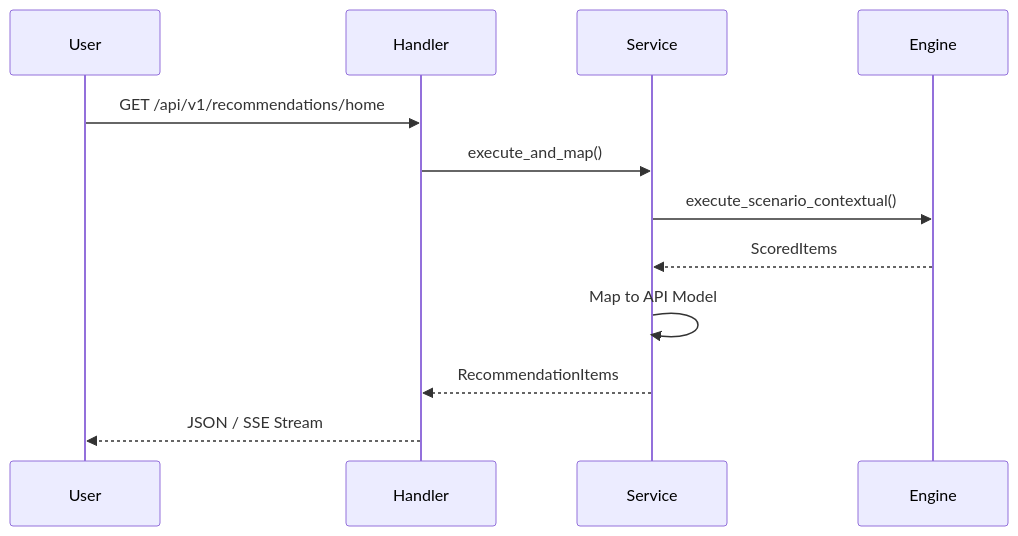
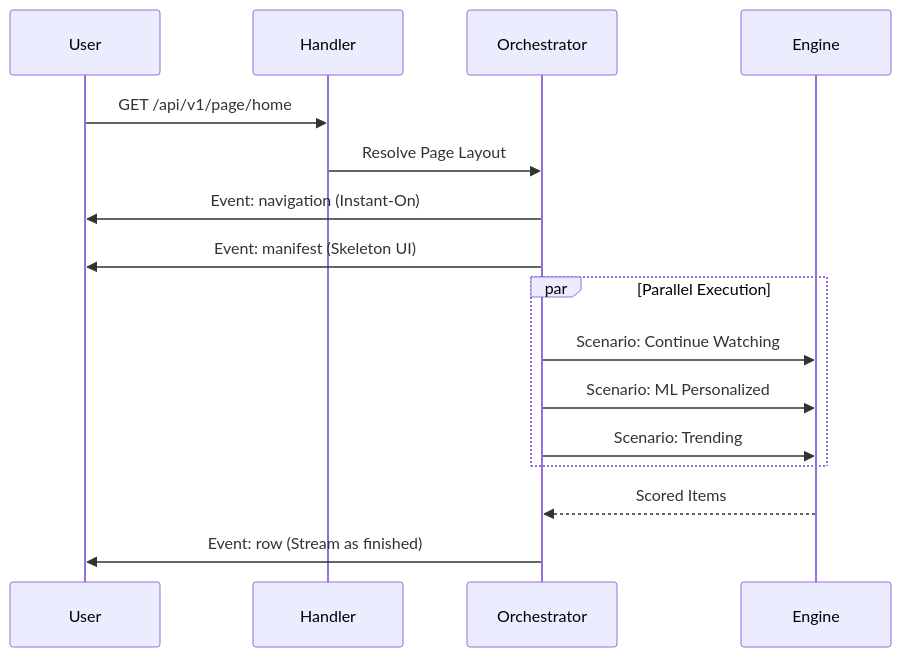
One commit to adiozdaniel/bongas-ai changed the diagram in src/api/v1/recommendations/README.md. Above: the diagram before and after it, drawn with Mermaid. The commit also changed other lines of this file and 11 other files, not shown here.

First line of the commit message:
feat(api): implement Symphony SDUI orchestrator with Zero-Touch identity

````diff
--- a/src/api/v1/recommendations/README.md
+++ b/src/api/v1/recommendations/README.md
@@ -9,15 +13,21 @@
 ```mermaid
 sequenceDiagram
     participant User
     participant Handler
-    participant Service
+    participant Orchestrator
     participant Engine
     
-    User->>Handler: GET /api/v1/recommendations/home
-    Handler->>Service: execute_and_map()
-    Service->>Engine: execute_scenario_contextual()
-    Engine-->>Service: ScoredItems
-    Service->>Service: Map to API Model
-    Service-->>Handler: RecommendationItems
-    Handler-->>User: JSON / SSE Stream
+    User->>Handler: GET /api/v1/page/home
+    Handler->>Orchestrator: Resolve Page Layout
+    Orchestrator->>User: Event: navigation (Instant-On)
+    Orchestrator->>User: Event: manifest (Skeleton UI)
+    
+    par Parallel Execution
+        Orchestrator->>Engine: Scenario: Continue Watching
+        Orchestrator->>Engine: Scenario: ML Personalized
+        Orchestrator->>Engine: Scenario: Trending
+    end
+
+    Engine-->>Orchestrator: Scored Items
+    Orchestrator->>User: Event: row (Stream as finished)
 ```
````
